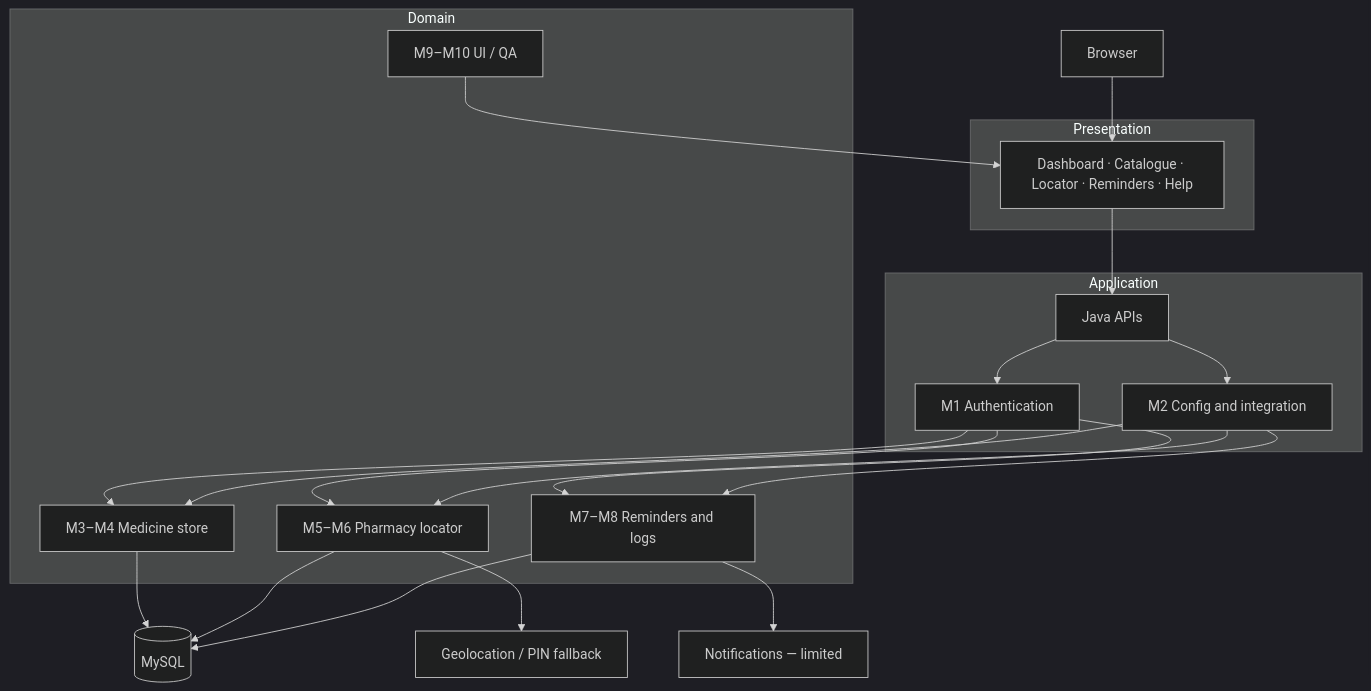
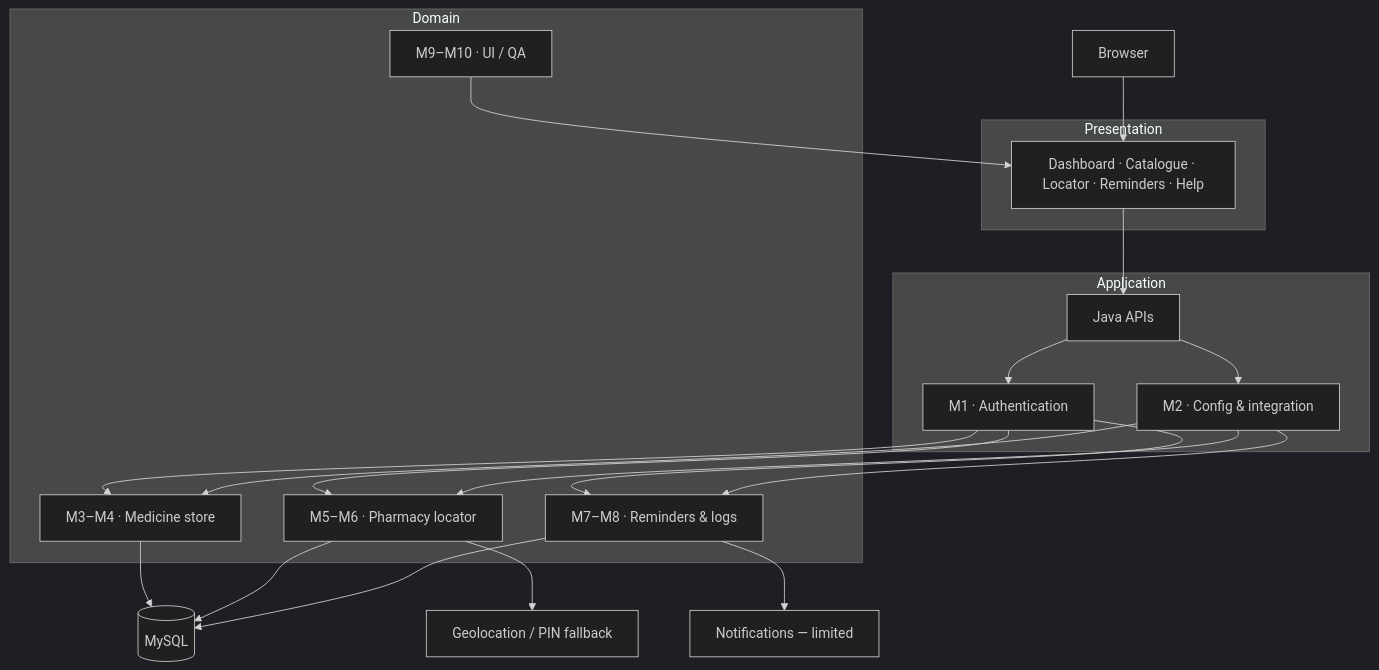
Before and after one commit to ratnsharma21/MediFinder: the second of 5 diagrams in README.md, drawn with Mermaid (dark theme). The commit also changed other lines of this file, not shown here.

````diff
--- a/README.md
+++ b/README.md
@@ -268,41 +298,41 @@
 ```mermaid
 flowchart TB
   U[Browser]
 
   subgraph Presentation
     UI[Dashboard · Catalogue · Locator · Reminders · Help]
   end
 
   subgraph Application
     API[Java APIs]
-    AUTH[M1 Authentication]
-    CFG[M2 Config and integration]
+    AUTH[M1 · Authentication]
+    CFG[M2 · Config & integration]
   end
 
   subgraph Domain
-    CAT[M3–M4 Medicine store]
-    LOC[M5–M6 Pharmacy locator]
-    REM[M7–M8 Reminders and logs]
-    SHELL[M9–M10 UI / QA]
+    CAT[M3–M4 · Medicine store]
+    LOC[M5–M6 · Pharmacy locator]
+    REM[M7–M8 · Reminders & logs]
+    SHELL[M9–M10 · UI / QA]
   end
 
   DB[(MySQL)]
   GEO[Geolocation / PIN fallback]
   NTF[Notifications — limited]
 
   U --> UI --> API
   API --> AUTH
   API --> CFG
   AUTH --> CAT
   AUTH --> LOC
   AUTH --> REM
   CFG --> CAT
   CFG --> LOC
   CFG --> REM
   CAT --> DB
   LOC --> DB
   REM --> DB
   LOC --> GEO
   REM --> NTF
   SHELL --> UI
 ```
````
